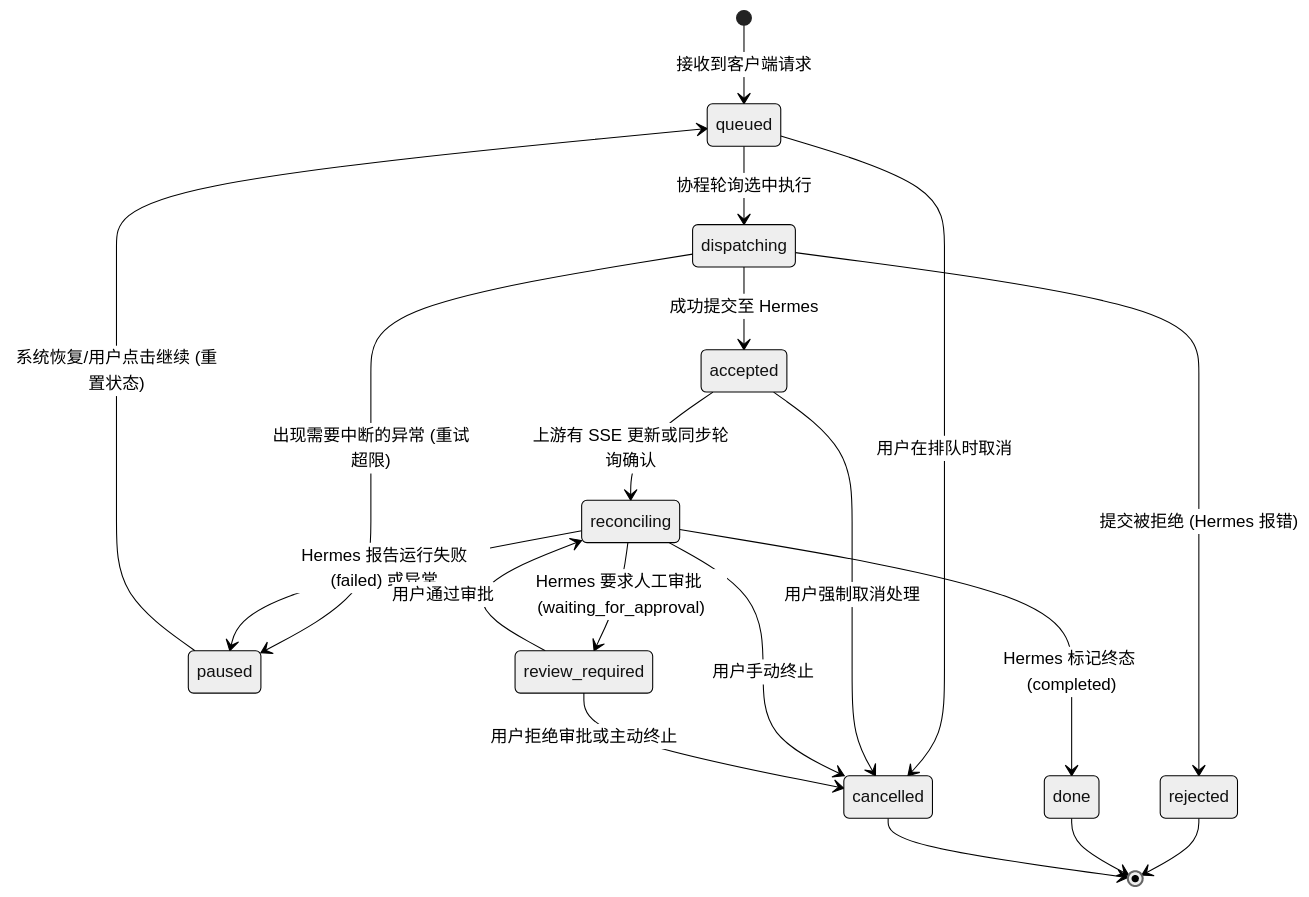
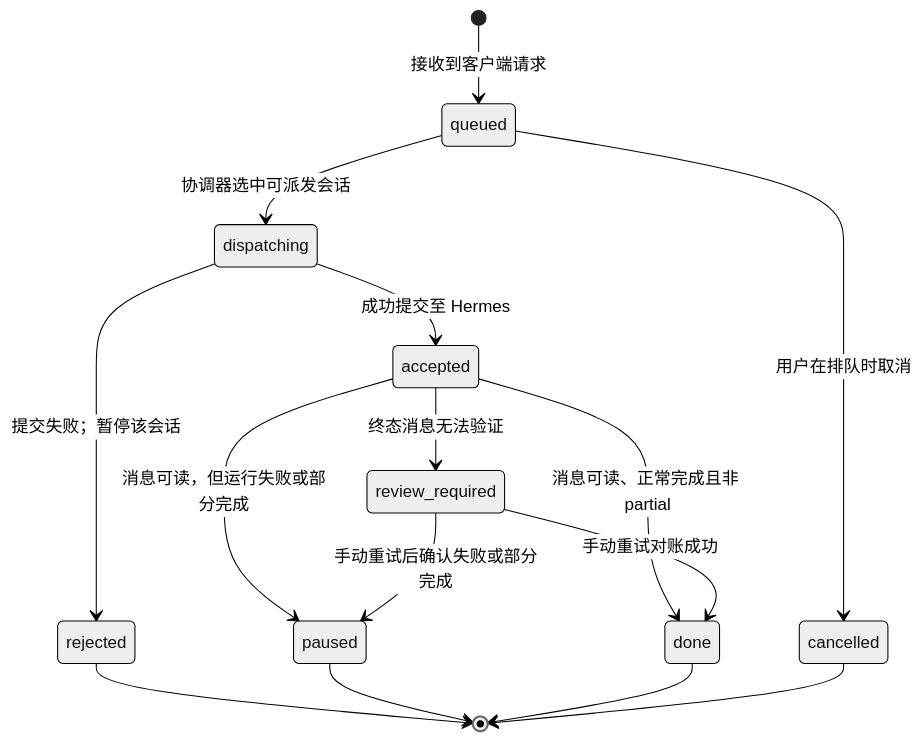
Before and after one commit to ermu03/emu-chat: the first of 3 diagrams in docs/03-state-machines.md, drawn with Mermaid (neutral theme). The commit also changed other lines of this file and 13 other files, not shown here.

````diff
--- a/docs/03-state-machines.md
+++ b/docs/03-state-machines.md
@@ -9,26 +9,21 @@
 ```mermaid
 stateDiagram-v2
     [*] --> queued : 接收到客户端请求
-    queued --> dispatching : 协程轮询选中执行
+    queued --> dispatching : 协调器选中可派发会话
     queued --> cancelled : 用户在排队时取消
     
     dispatching --> accepted : 成功提交至 Hermes
-    dispatching --> rejected : 提交被拒绝 (Hermes 报错)
-    dispatching --> paused : 出现需要中断的异常 (重试超限)
+    dispatching --> rejected : 提交失败；暂停该会话
     
-    accepted --> reconciling : 上游有 SSE 更新或同步轮询确认
-    accepted --> cancelled : 用户强制取消处理
+    accepted --> done : 消息可读、正常完成且非 partial
+    accepted --> paused : 消息可读，但运行失败或部分完成
+    accepted --> review_required : 终态消息无法验证
     
-    reconciling --> done : Hermes 标记终态 (completed)
-    reconciling --> paused : Hermes 报告运行失败(failed) 或异常
-    reconciling --> review_required : Hermes 要求人工审批 (waiting_for_approval)
-    reconciling --> cancelled : 用户手动终止
-    
-    review_required --> reconciling : 用户通过审批
-    review_required --> cancelled : 用户拒绝审批或主动终止
+    review_required --> done : 手动重试对账成功
+    review_required --> paused : 手动重试后确认失败或部分完成
     
     rejected --> [*]
-    paused --> queued : 系统恢复/用户点击继续 (重置状态)
+    paused --> [*]
     done --> [*]
     cancelled --> [*]
 ```
````
